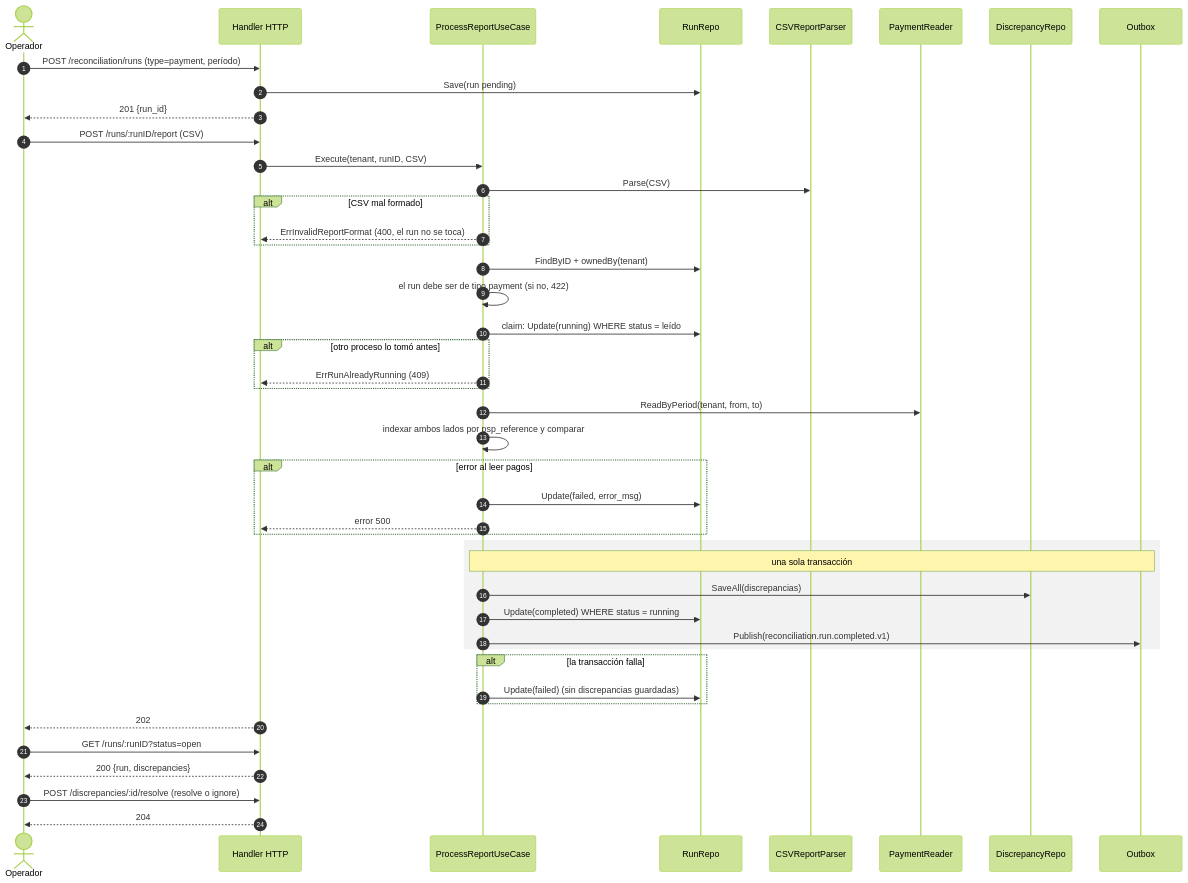
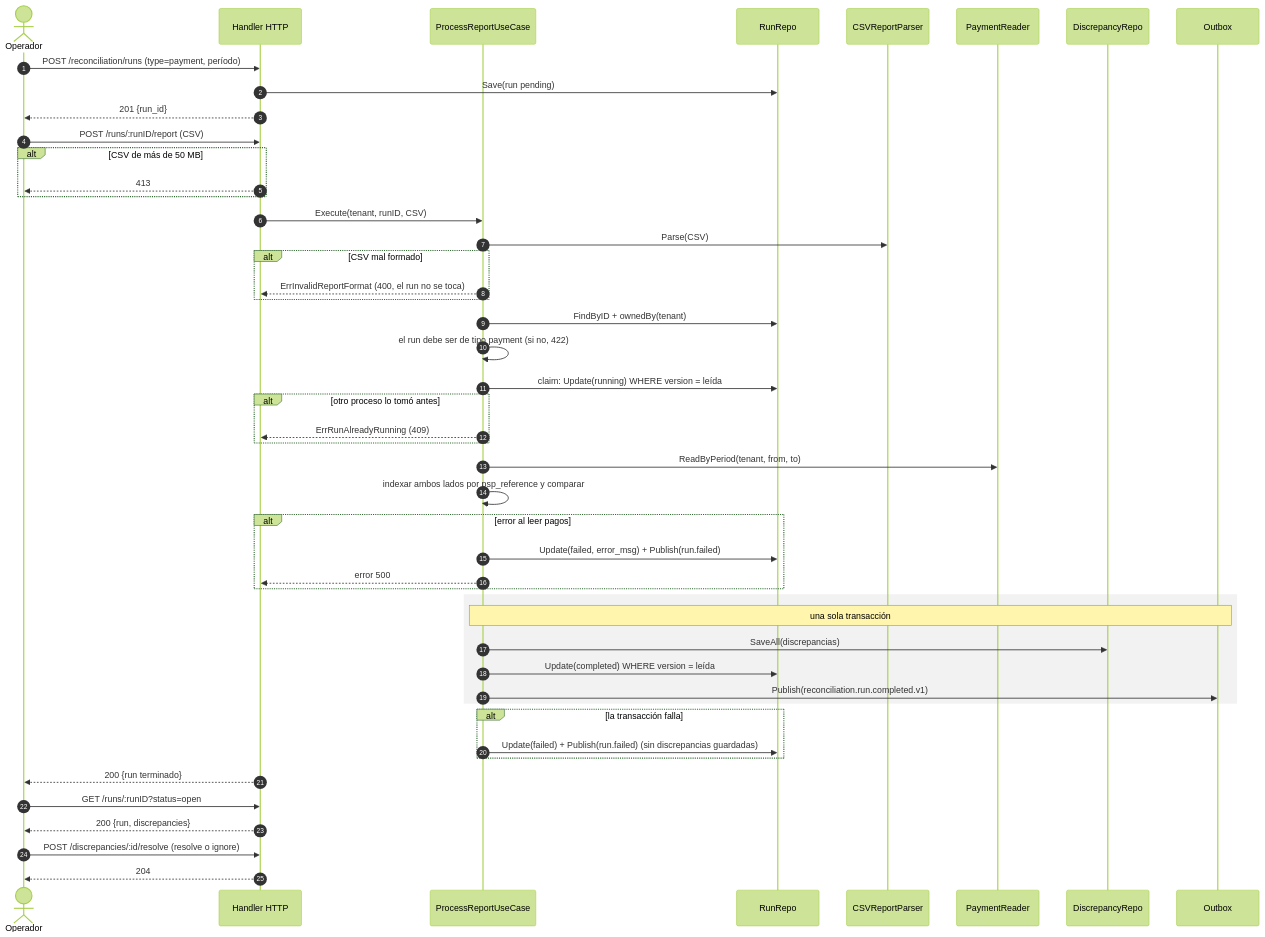
Before and after one commit to juantevez/cobros-platform: the first of 2 diagrams in docs/technical/RECONCILIATION.md, drawn with Mermaid (forest theme). The commit also changed other lines of this file and 2 other files, not shown here.

````diff
--- a/docs/technical/RECONCILIATION.md
+++ b/docs/technical/RECONCILIATION.md
@@ -70,48 +72,51 @@
 ```mermaid
 sequenceDiagram
     autonumber
     actor O as Operador
     participant H as Handler HTTP
     participant UC as ProcessReportUseCase
     participant RR as RunRepo
     participant CSV as CSVReportParser
     participant PR as PaymentReader
     participant DR as DiscrepancyRepo
     participant OB as Outbox
 
     O->>H: POST /reconciliation/runs (type=payment, período)
     H->>RR: Save(run pending)
     H-->>O: 201 {run_id}
     O->>H: POST /runs/:runID/report (CSV)
+    alt CSV de más de 50 MB
+        H-->>O: 413
+    end
     H->>UC: Execute(tenant, runID, CSV)
     UC->>CSV: Parse(CSV)
     alt CSV mal formado
         UC-->>H: ErrInvalidReportFormat (400, el run no se toca)
     end
     UC->>RR: FindByID + ownedBy(tenant)
     UC->>UC: el run debe ser de tipo payment (si no, 422)
-    UC->>RR: claim: Update(running) WHERE status = leído
+    UC->>RR: claim: Update(running) WHERE version = leída
     alt otro proceso lo tomó antes
         UC-->>H: ErrRunAlreadyRunning (409)
     end
     UC->>PR: ReadByPeriod(tenant, from, to)
     UC->>UC: indexar ambos lados por psp_reference y comparar
     alt error al leer pagos
-        UC->>RR: Update(failed, error_msg)
+        UC->>RR: Update(failed, error_msg) + Publish(run.failed)
         UC-->>H: error 500
     end
     rect rgba(128, 128, 128, 0.1)
         Note over UC,OB: una sola transacción
         UC->>DR: SaveAll(discrepancias)
-        UC->>RR: Update(completed) WHERE status = running
+        UC->>RR: Update(completed) WHERE version = leída
         UC->>OB: Publish(reconciliation.run.completed.v1)
     end
     alt la transacción falla
-        UC->>RR: Update(failed) (sin discrepancias guardadas)
+        UC->>RR: Update(failed) + Publish(run.failed) (sin discrepancias guardadas)
     end
-    H-->>O: 202
+    H-->>O: 200 {run terminado}
     O->>H: GET /runs/:runID?status=open
     H-->>O: 200 {run, discrepancies}
     O->>H: POST /discrepancies/:id/resolve (resolve o ignore)
     H-->>O: 204
 ```
````
